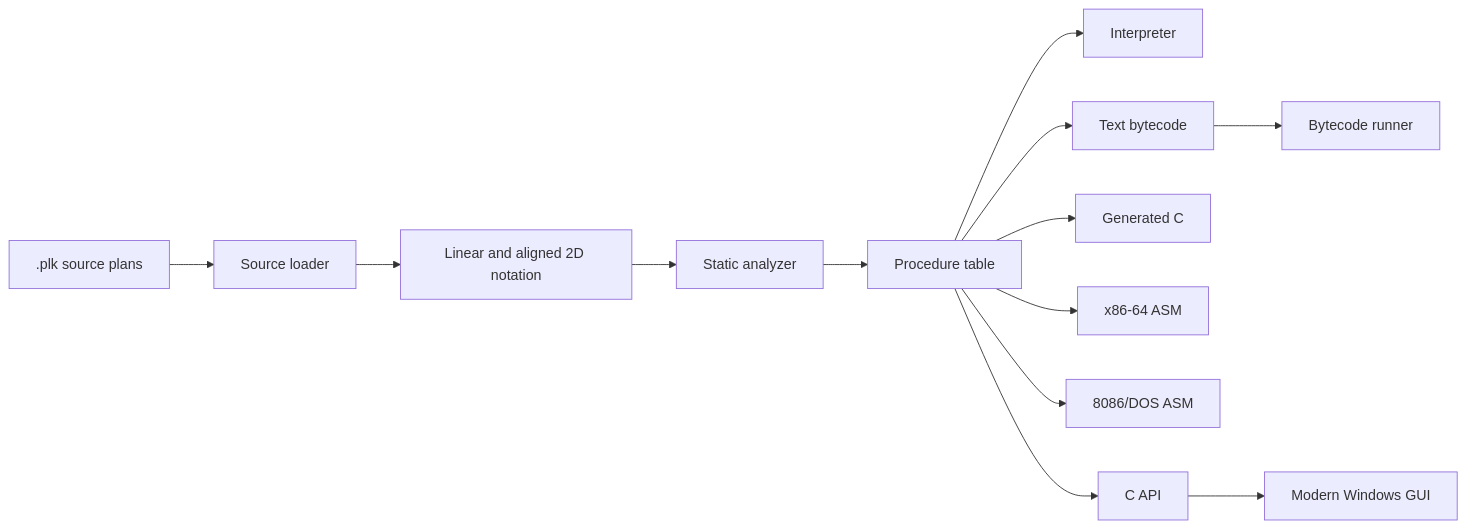
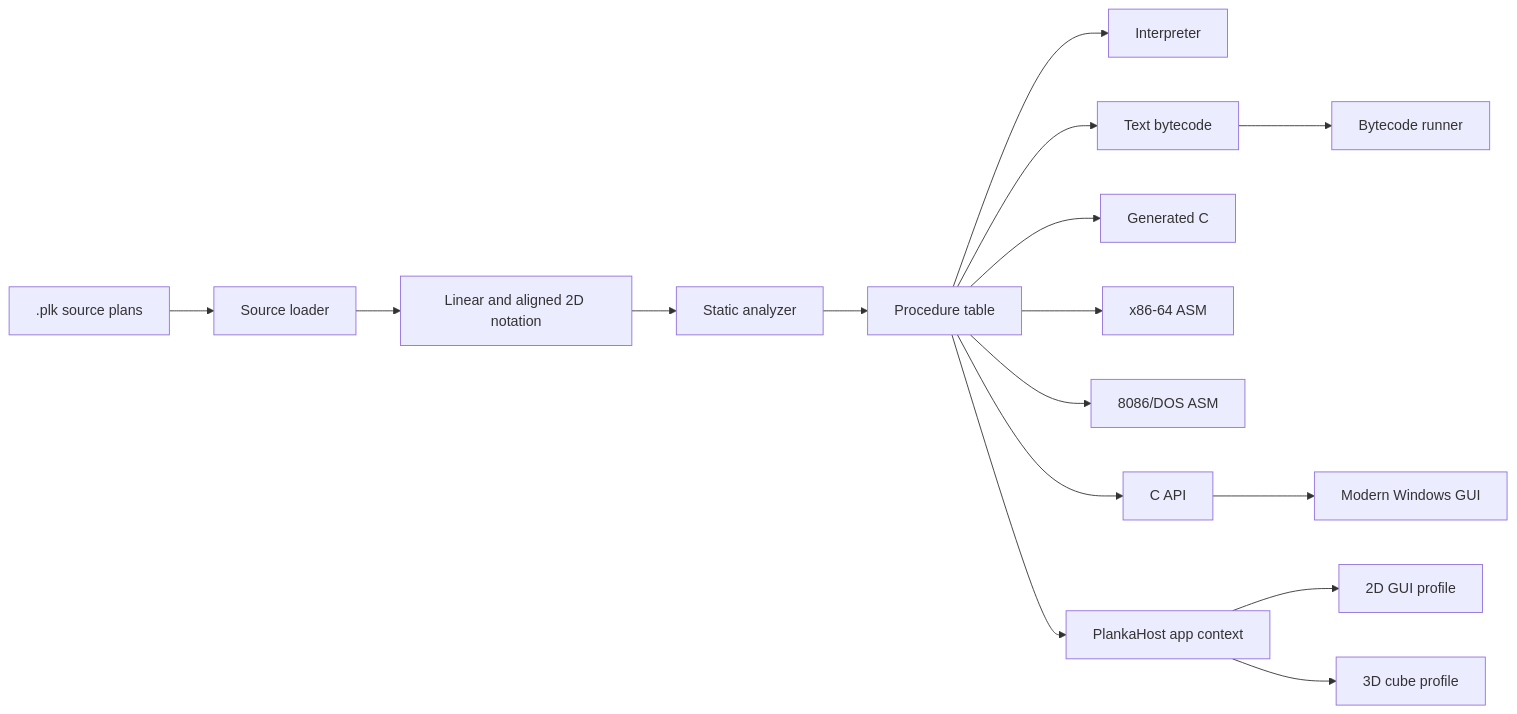
The fourth of 6 diagrams in docs/infographic.md (Olegie/PlankaC), drawn with Mermaid before and after one commit. The commit also changed other lines of this file and 36 other files, not shown here.

````diff
--- a/docs/infographic.md
+++ b/docs/infographic.md
@@ -76,17 +78,20 @@
 ```mermaid
 flowchart LR
     PLK[".plk source plans"] --> Loader["Source loader"]
     Loader --> Notation["Linear and aligned 2D notation"]
     Notation --> Analyzer["Static analyzer"]
     Analyzer --> Table["Procedure table"]
 
     Table --> Run["Interpreter"]
     Table --> BC["Text bytecode"]
     Table --> CGen["Generated C"]
     Table --> ASM64["x86-64 ASM"]
     Table --> ASM86["8086/DOS ASM"]
     Table --> API["C API"]
+    Table --> Host["PlankaHost app context"]
 
     API --> GUI["Modern Windows GUI"]
+    Host --> GUI2["2D GUI profile"]
+    Host --> Cube["3D cube profile"]
     BC --> BCRun["Bytecode runner"]
 ```
````
